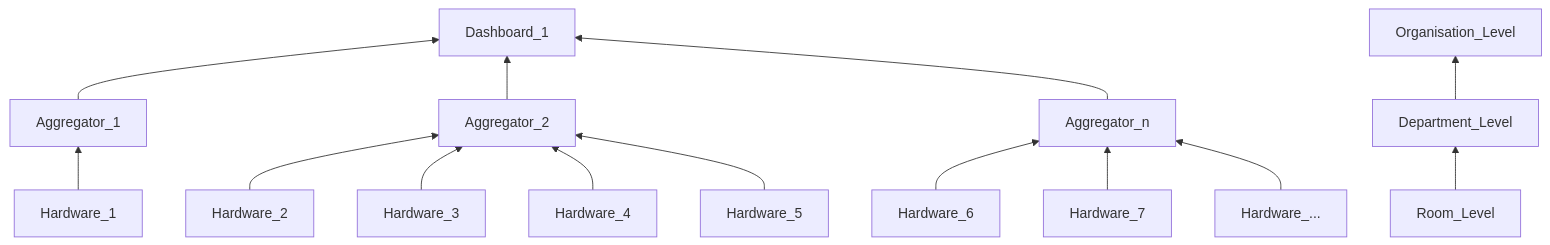
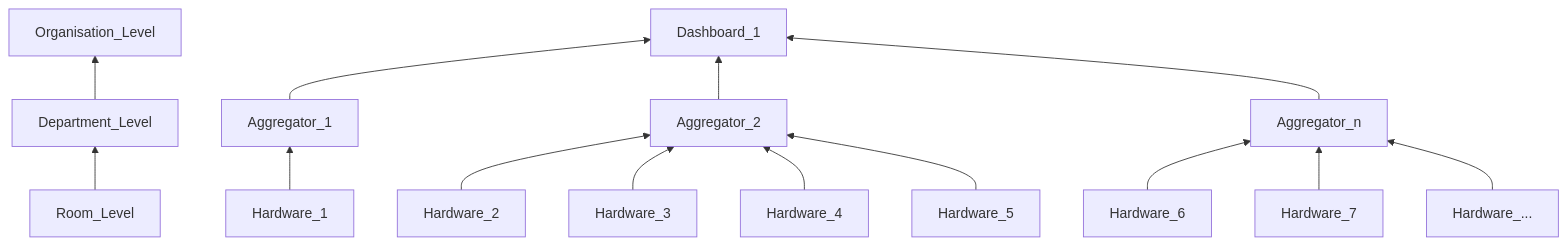
One commit to bytebang/ecolight changed the diagram in README.md. Above: the diagram before and after it, drawn with Mermaid.

`````diff
--- a/README.md
+++ b/README.md
@@ -13,23 +13,24 @@
 ````mermaid
 	
 graph BT;
+
+    
+    Room_Level --> Department_Level
+    Department_Level --> Organisation_Level
 
     Hardware_1 --> Aggregator_1;
 
     Hardware_2 --> Aggregator_2;
     Hardware_3 --> Aggregator_2;
     Hardware_4 --> Aggregator_2;
     Hardware_5 --> Aggregator_2;
 
     Hardware_6 --> Aggregator_n;
     Hardware_7 --> Aggregator_n;
     Hardware_... --> Aggregator_n;
 
     Aggregator_1 --> Dashboard_1;
     Aggregator_2 --> Dashboard_1;
     Aggregator_n --> Dashboard_1;
 
-    
-    Room_Level --> Department_Level
-    Department_Level --> Organisation_Level
 ````
`````
